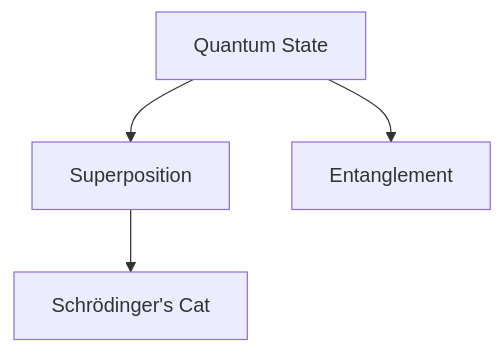
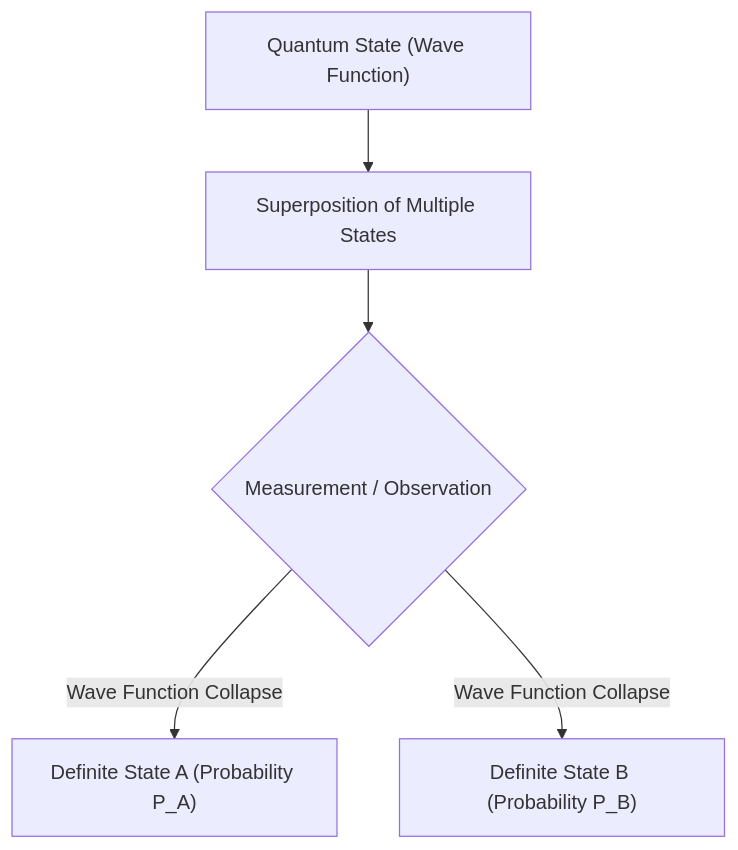
The diagram in content/post/physics-quantum-mechanics/index.md (kenjinote/blog), drawn with Mermaid before and after one commit. The commit also changed other lines of this file and 3 other files, not shown here.

````diff
--- a/content/post/physics-quantum-mechanics/index.md
+++ b/content/post/physics-quantum-mechanics/index.md
@@ -14,6 +64,7 @@
 ```mermaid
 graph TD
-    A["Quantum State"] --> B["Superposition"]
-    A --> C["Entanglement"]
-    B --> D["Schrödinger's Cat"]
+    A["Quantum State (Wave Function)"] --> B["Superposition of Multiple States"]
+    B --> C{"Measurement / Observation"}
+    C -->|Wave Function Collapse| D["Definite State A (Probability P_A)"]
+    C -->|Wave Function Collapse| E["Definite State B (Probability P_B)"]
 ```
````
